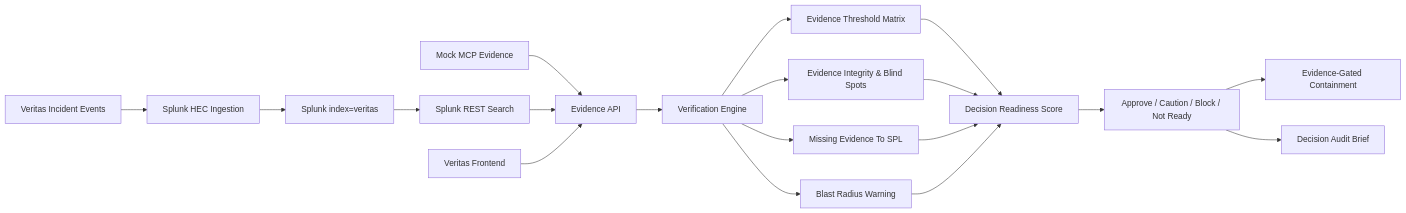
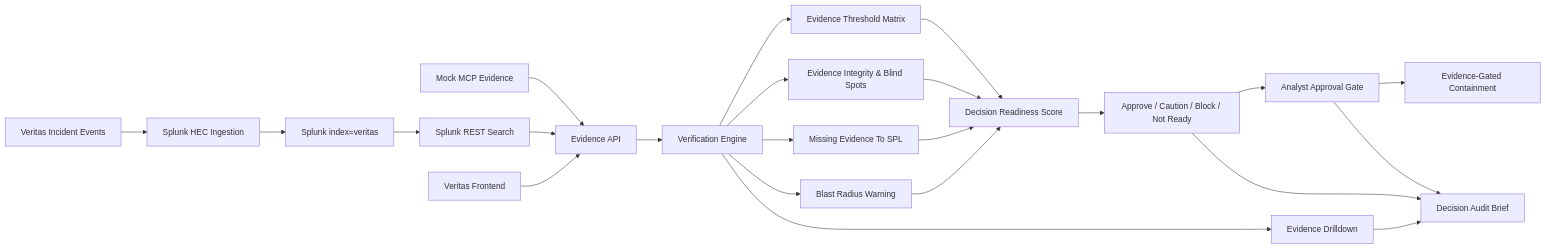
One commit to cyberrockng/splunk-veritas-ai changed the diagram in architecture_diagram.md. Above: the diagram before and after it, drawn with Mermaid. The commit also changed other lines of this file and 9 other files, not shown here.

Commit message:
Add approval gate and evidence drilldown

````diff
--- a/architecture_diagram.md
+++ b/architecture_diagram.md
@@ -3,21 +3,25 @@
 ```mermaid
 flowchart LR
   A["Veritas Incident Events"] --> B["Splunk HEC Ingestion"]
   B --> C["Splunk index=veritas"]
   D["Mock MCP Evidence"] --> G["Evidence API"]
   C --> E["Splunk REST Search"]
   E --> G
   F["Veritas Frontend"] --> G
   G --> H["Verification Engine"]
   H --> I["Evidence Threshold Matrix"]
   H --> J["Evidence Integrity & Blind Spots"]
   H --> K["Missing Evidence To SPL"]
   H --> L["Blast Radius Warning"]
+  H --> Q["Evidence Drilldown"]
   I --> M["Decision Readiness Score"]
   J --> M
   K --> M
   L --> M
   M --> N["Approve / Caution / Block / Not Ready"]
-  N --> O["Evidence-Gated Containment"]
+  N --> R["Analyst Approval Gate"]
+  R --> O["Evidence-Gated Containment"]
   N --> P["Decision Audit Brief"]
+  Q --> P
+  R --> P
 ```
````
